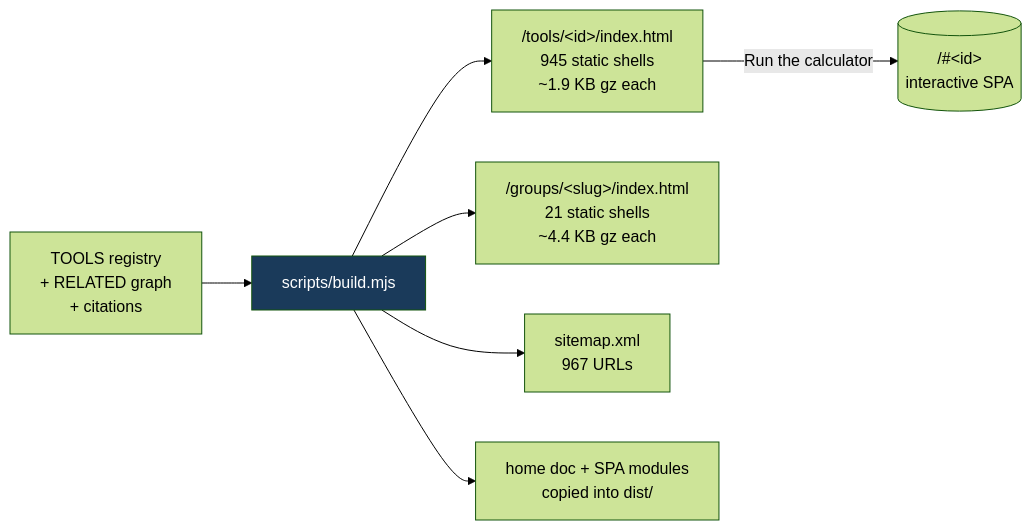
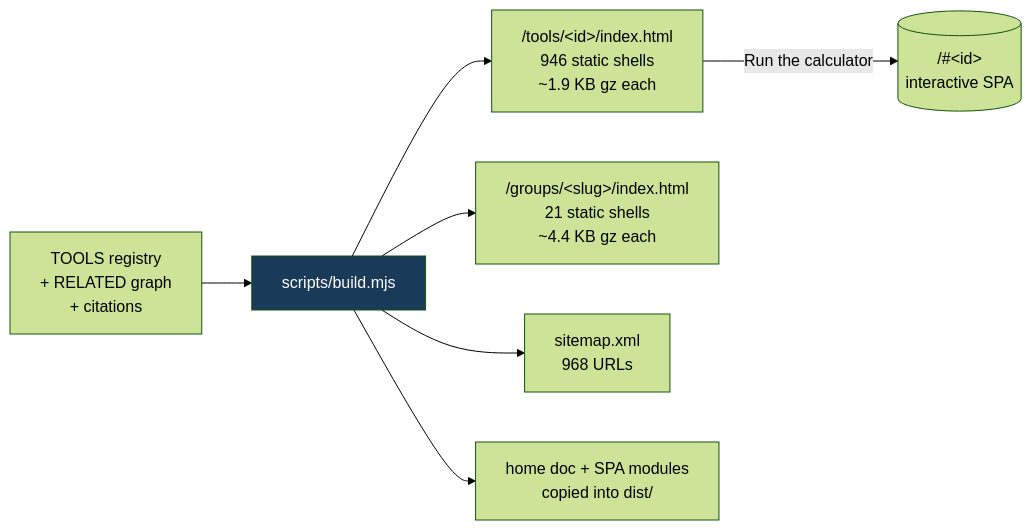
The fifth of 8 diagrams in README.md (clay-good/roughlogic.com), drawn with Mermaid (forest theme) before and after one commit. The commit also changed other lines of this file and 12 other files, not shown here.

````diff
--- a/README.md
+++ b/README.md
@@ -495,10 +495,10 @@
 ```mermaid
 flowchart LR
     SRC[TOOLS registry\n+ RELATED graph\n+ citations] --> BUILD[scripts/build.mjs]
-    BUILD --> TILE["/tools/&lt;id&gt;/index.html\n945 static shells\n~1.9 KB gz each"]
+    BUILD --> TILE["/tools/&lt;id&gt;/index.html\n946 static shells\n~1.9 KB gz each"]
     BUILD --> GROUP["/groups/&lt;slug&gt;/index.html\n21 static shells\n~4.4 KB gz each"]
-    BUILD --> MAP["sitemap.xml\n967 URLs"]
+    BUILD --> MAP["sitemap.xml\n968 URLs"]
     BUILD --> COPY[home doc + SPA modules\ncopied into dist/]
     TILE -->|Run the calculator| SPA[("/#&lt;id&gt;\ninteractive SPA")]
     style BUILD fill:#1a3a5a,color:#fff
 ```
````
